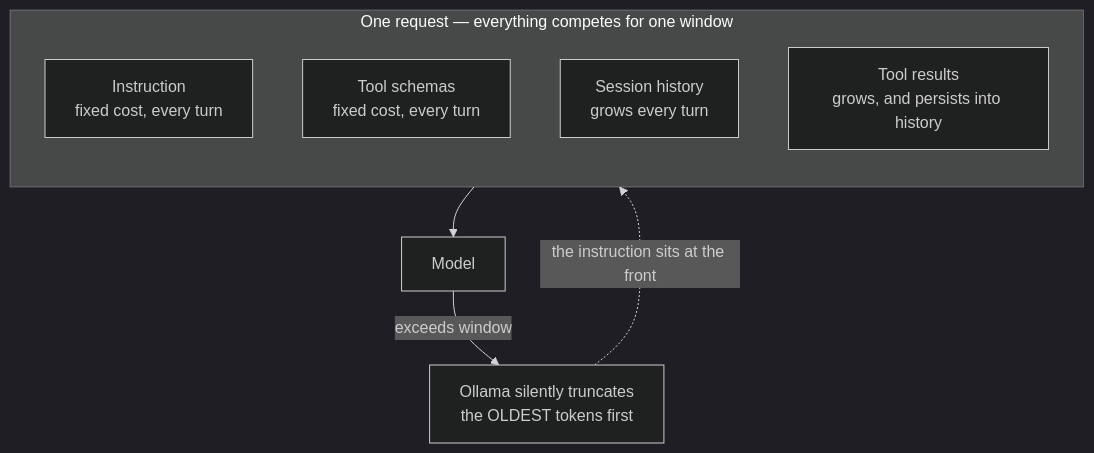
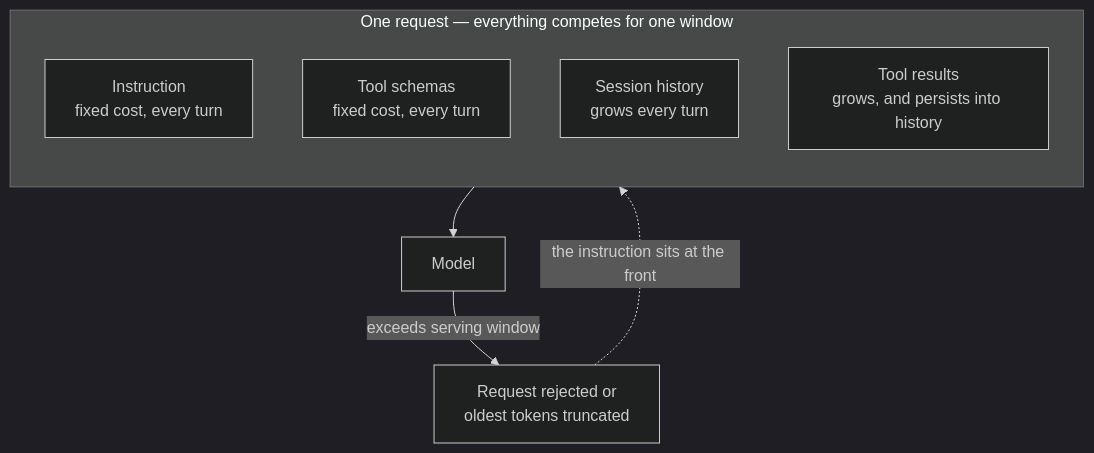
One commit to LuiGGi629/agentops-open-course changed the second of 2 diagrams in docs/3. Capabilities/3.4. Memory.md. Above: the diagram before and after it, drawn with Mermaid (dark theme). The commit also changed other lines of this file and 51 other files, not shown here.

````diff
--- a/docs/3. Capabilities/3.4. Memory.md
+++ b/docs/3. Capabilities/3.4. Memory.md
@@ -246,13 +246,13 @@
 ```mermaid
 flowchart TB
     subgraph W["One request — everything competes for one window"]
         direction TB
         I["Instruction<br/>fixed cost, every turn"]
         S["Tool schemas<br/>fixed cost, every turn"]
         H["Session history<br/>grows every turn"]
         R["Tool results<br/>grows, and persists into history"]
     end
     W --> M[Model]
-    M -->|"exceeds window"| T["Ollama silently truncates<br/>the OLDEST tokens first"]
-    T -.->|"the instruction sits at the front"| I
+    M -->|"exceeds serving window"| F["Request rejected or<br/>oldest tokens truncated"]
+    F -.->|"the instruction sits at the front"| I
 ```
````
